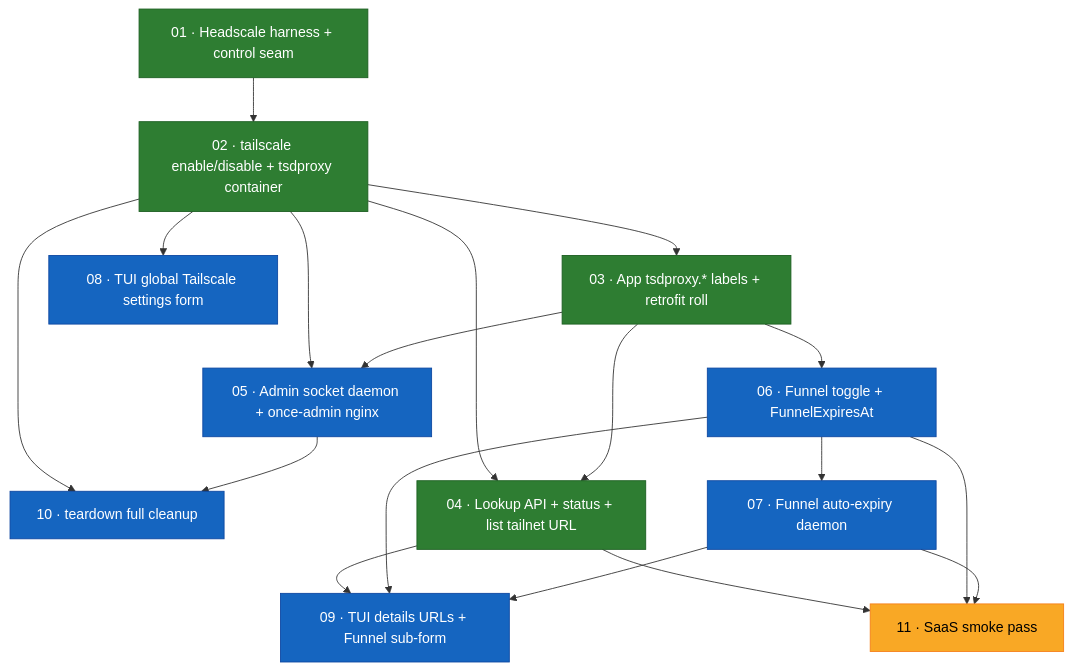
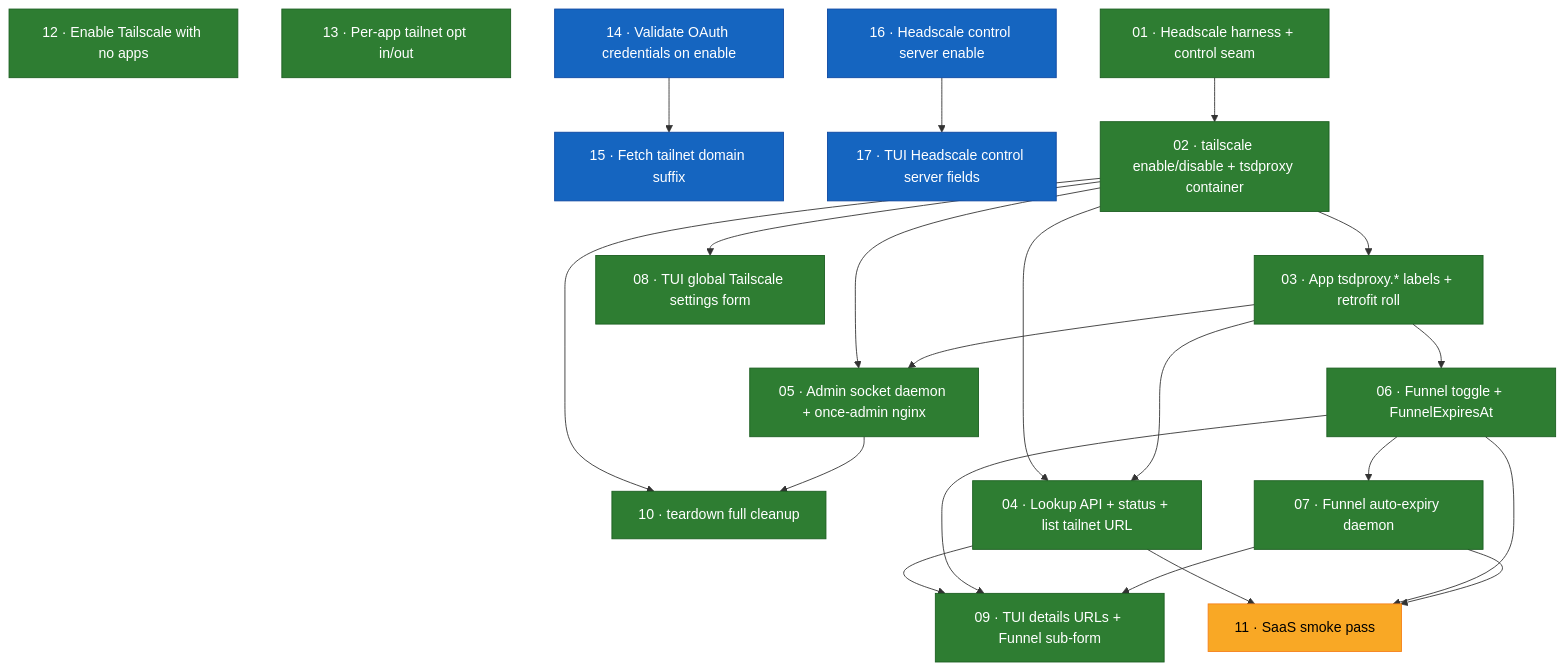
The diagram in .scratch/tailscale-integration/issues/DEPENDENCIES.md (abhinavrau/once), drawn with Mermaid before and after one commit. The commit also changed other lines of this file and 5 other files, not shown here.

````diff
--- a/.scratch/tailscale-integration/issues/DEPENDENCIES.md
+++ b/.scratch/tailscale-integration/issues/DEPENDENCIES.md
@@ -6,40 +6,49 @@
 ```mermaid
 graph TD
     01["01 · Headscale harness + control seam"]
     02["02 · tailscale enable/disable + tsdproxy container"]
     03["03 · App tsdproxy.* labels + retrofit roll"]
     04["04 · Lookup API + status + list tailnet URL"]
     05["05 · Admin socket daemon + once-admin nginx"]
     06["06 · Funnel toggle + FunnelExpiresAt"]
     07["07 · Funnel auto-expiry daemon"]
     08["08 · TUI global Tailscale settings form"]
     09["09 · TUI details URLs + Funnel sub-form"]
     10["10 · teardown full cleanup"]
     11["11 · SaaS smoke pass"]
+    12["12 · Enable Tailscale with no apps"]
+    13["13 · Per-app tailnet opt in/out"]
+    14["14 · Validate OAuth credentials on enable"]
+    15["15 · Fetch tailnet domain suffix"]
+    16["16 · Headscale control server enable"]
+    17["17 · TUI Headscale control server fields"]
 
     01 --> 02
     02 --> 03
     02 --> 04
     02 --> 05
     02 --> 08
     02 --> 10
     03 --> 04
     03 --> 05
     03 --> 06
     04 --> 09
     04 --> 11
     05 --> 10
     06 --> 07
     06 --> 09
     06 --> 11
     07 --> 09
     07 --> 11
+    14 --> 15
+    16 --> 17
 
     classDef done fill:#2e7d32,stroke:#1b5e20,color:#fff;
     classDef ready fill:#1565c0,stroke:#0d47a1,color:#fff;
     classDef needsinfo fill:#f9a825,stroke:#f57f17,color:#000;
+    classDef triage fill:#6d4c41,stroke:#4e342e,color:#fff;
 
-    class 01,02,03,04 done;
-    class 05,06,07,08,09,10 ready;
+    class 01,02,03,04,05,06,07,08,09,10,12,13 done;
     class 11 needsinfo;
+    class 14,15,16,17 ready;
 ```
````
